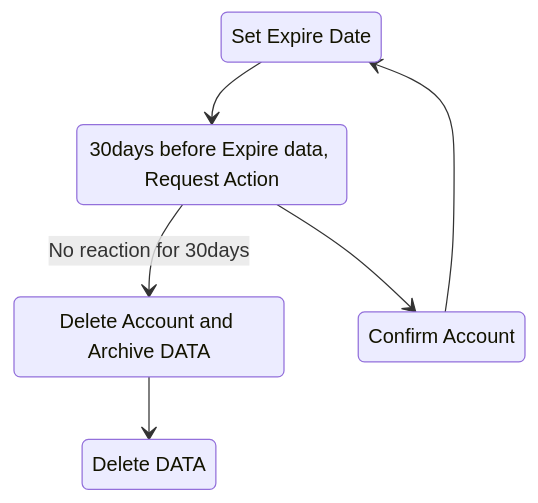
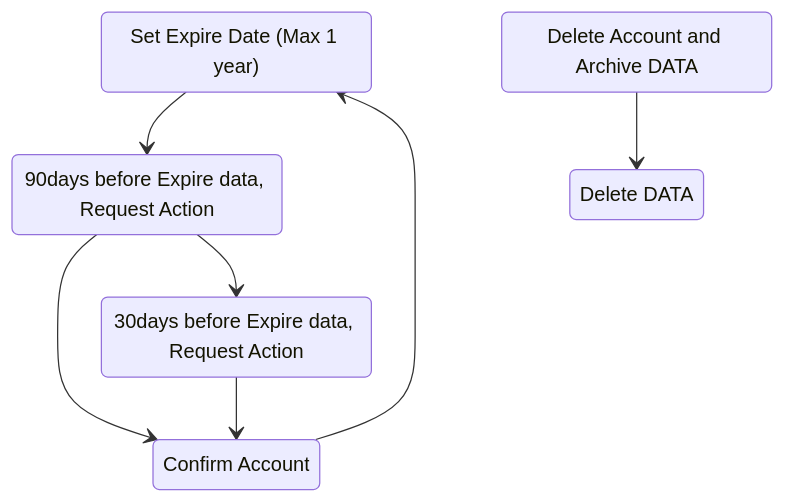
Before and after one commit to gferhpc/supercomputing.tue.nl: the diagram in pages/documentation/administration/users.md, drawn with Mermaid.

````diff
--- a/pages/documentation/administration/users.md
+++ b/pages/documentation/administration/users.md
@@ -92,14 +92,16 @@
 ```mermaid
 stateDiagram
-    s1: Set Expire Date
-    s2: 30days before Expire data, Request Action
-    s3: Confirm Account
-    s4: Delete Account and Archive DATA
-    s5: Delete DATA
+    s1: Set Expire Date (Max 1 year)
+    s2: 90days before Expire data, Request Action
+    s3: 30days before Expire data, Request Action
+    s4: Confirm Account
+    s5: Delete Account and Archive DATA
+    s6: Delete DATA
     s1 --> s2
-    s2 --> s4: No reaction for 30days
+    s2 --> s4
+    s3 --> s4
     s2 --> s3
-    s3 --> s1
-    s4 --> s5
+    s4 --> s1
+    s5 --> s6
 
 ``` 
````
